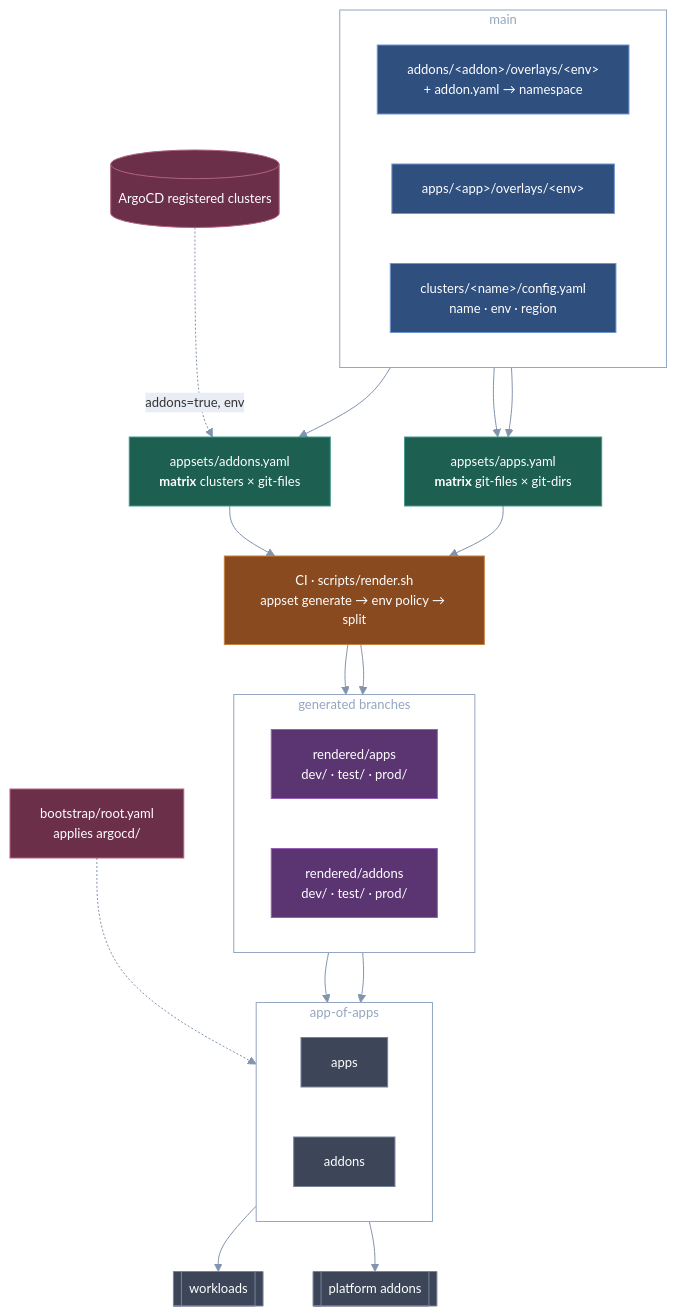
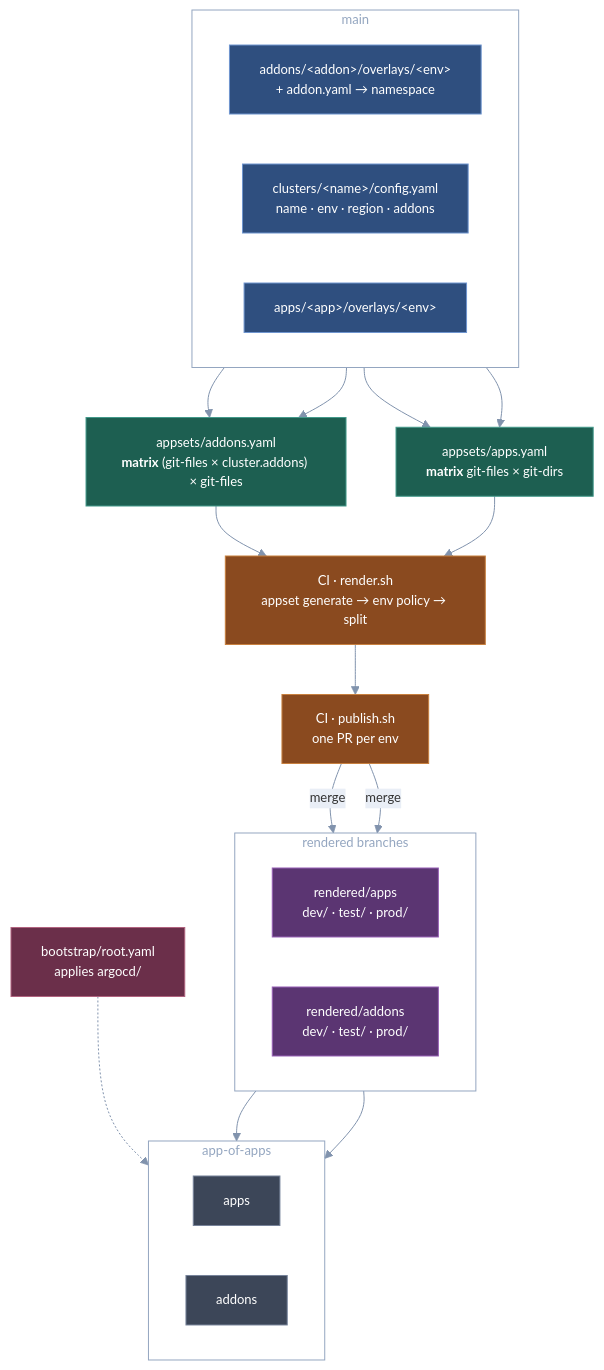
One commit to 34fathombelow/rendered-appset-manifest changed the diagram in README.md. Above: the diagram before and after it, drawn with Mermaid. The commit also changed other lines of this file and 12 other files, not shown here.

````diff
--- a/README.md
+++ b/README.md
@@ -9,68 +10,65 @@
 ```mermaid
 %%{init: {'theme':'base','themeVariables':{
   'fontFamily':'ui-sans-serif,-apple-system,Segoe UI,Helvetica,sans-serif',
   'fontSize':'13px',
   'lineColor':'#8193ad',
   'clusterBkg':'transparent',
   'clusterBorder':'#94a6c0',
   'textColor':'#94a6c0',
   'titleColor':'#94a6c0',
   'edgeLabelBackground':'#e9eef6'
 }}}%%
 flowchart TD
   subgraph SRC["main"]
     direction LR
     D["addons/&lt;addon&gt;/overlays/&lt;env&gt;<br/>+ addon.yaml → namespace"]
+    C["clusters/&lt;name&gt;/config.yaml<br/>name · env · region · addons"]
     A["apps/&lt;app&gt;/overlays/&lt;env&gt;"]
-    C["clusters/&lt;name&gt;/config.yaml<br/>name · env · region"]
   end
 
-  AS2["appsets/addons.yaml<br/><b>matrix</b> clusters × git-files"]
+  AS2["appsets/addons.yaml<br/><b>matrix</b> (git-files × cluster.addons) × git-files"]
   AS1["appsets/apps.yaml<br/><b>matrix</b> git-files × git-dirs"]
-  CL[("ArgoCD registered clusters")]
 
   D --> AS2
+  C --> AS2
+  C --> AS1
   A --> AS1
-  C --> AS1
-  CL -. "addons=true, env" .-> AS2
 
-  RS["CI · scripts/render.sh<br/>appset generate → env policy → split"]
+  RS["CI · render.sh<br/>appset generate → env policy → split"]
   AS2 --> RS
   AS1 --> RS
 
-  subgraph OUT["generated branches"]
+  PR["CI · publish.sh<br/>one PR per env"]
+  RS --> PR
+
+  subgraph OUT["rendered branches"]
     direction LR
     R1["rendered/apps<br/>dev/ · test/ · prod/"]
     R2["rendered/addons<br/>dev/ · test/ · prod/"]
   end
-  RS --> R1
-  RS --> R2
+  PR -- "merge" --> R1
+  PR -- "merge" --> R2
 
   subgraph LIVE["app-of-apps"]
     direction LR
     AOA1["apps"]
     AOA2["addons"]
   end
   R1 --> AOA1
   R2 --> AOA2
   BOOT["bootstrap/root.yaml<br/>applies argocd/"] -.-> LIVE
 
-  K[["workloads"]]
-  K2[["platform addons"]]
-  AOA1 --> K
-  AOA2 --> K2
-
   classDef src    fill:#2f4f7f,stroke:#6f95cf,color:#ffffff,stroke-width:1px
   classDef appset fill:#1d5f51,stroke:#43998a,color:#ffffff,stroke-width:1px
   classDef ci     fill:#8a4a1f,stroke:#c8803f,color:#ffffff,stroke-width:1px
   classDef branch fill:#5b3572,stroke:#9760b6,color:#ffffff,stroke-width:1px
   classDef run    fill:#3c4658,stroke:#77849b,color:#ffffff,stroke-width:1px
   classDef ext    fill:#6b2f4a,stroke:#b1637f,color:#ffffff,stroke-width:1px
 
   class C,A,D src
   class AS1,AS2 appset
-  class RS ci
+  class RS,PR ci
   class R1,R2 branch
-  class AOA1,AOA2,K,K2 run
-  class CL,BOOT ext
+  class AOA1,AOA2 run
+  class BOOT ext
 ```
````
